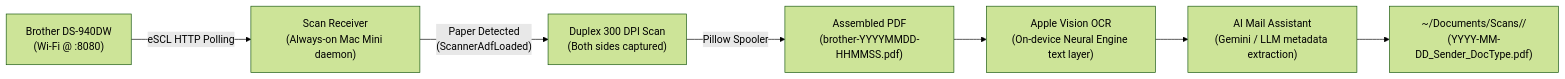
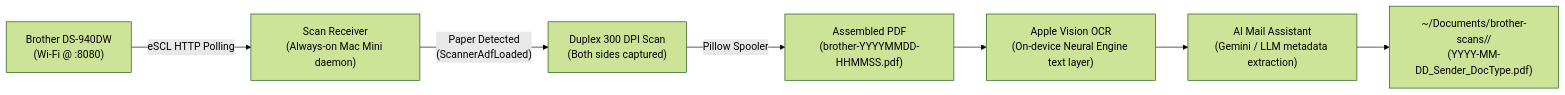
The diagram in README.md (guitarbeat/ds-940-paperless-scanner), drawn with Mermaid (forest theme) before and after one commit. The commit also changed other lines of this file and 5 other files, not shown here.

Commit message:
chore: relocate output directory to brother-scans without spaces

````diff
--- a/README.md
+++ b/README.md
@@ -11,9 +11,9 @@
 ```mermaid
 flowchart LR
     A["Brother DS-940DW\n(Wi-Fi @ :8080)"] -->|"eSCL HTTP Polling"| B["Scan Receiver\n(Always-on Mac Mini daemon)"]
     B -->|"Paper Detected\n(ScannerAdfLoaded)"| C["Duplex 300 DPI Scan\n(Both sides captured)"]
     C -->|"Pillow Spooler"| D["Assembled PDF\n(brother-YYYYMMDD-HHMMSS.pdf)"]
     D --> E["Apple Vision OCR\n(On-device Neural Engine text layer)"]
     E --> F["AI Mail Assistant\n(Gemini / LLM metadata extraction)"]
-    F --> G["~/Documents/Scans/<Category>/\n(YYYY-MM-DD_Sender_DocType.pdf)"]
+    F --> G["~/Documents/brother-scans/<Category>/\n(YYYY-MM-DD_Sender_DocType.pdf)"]
 ```
````
